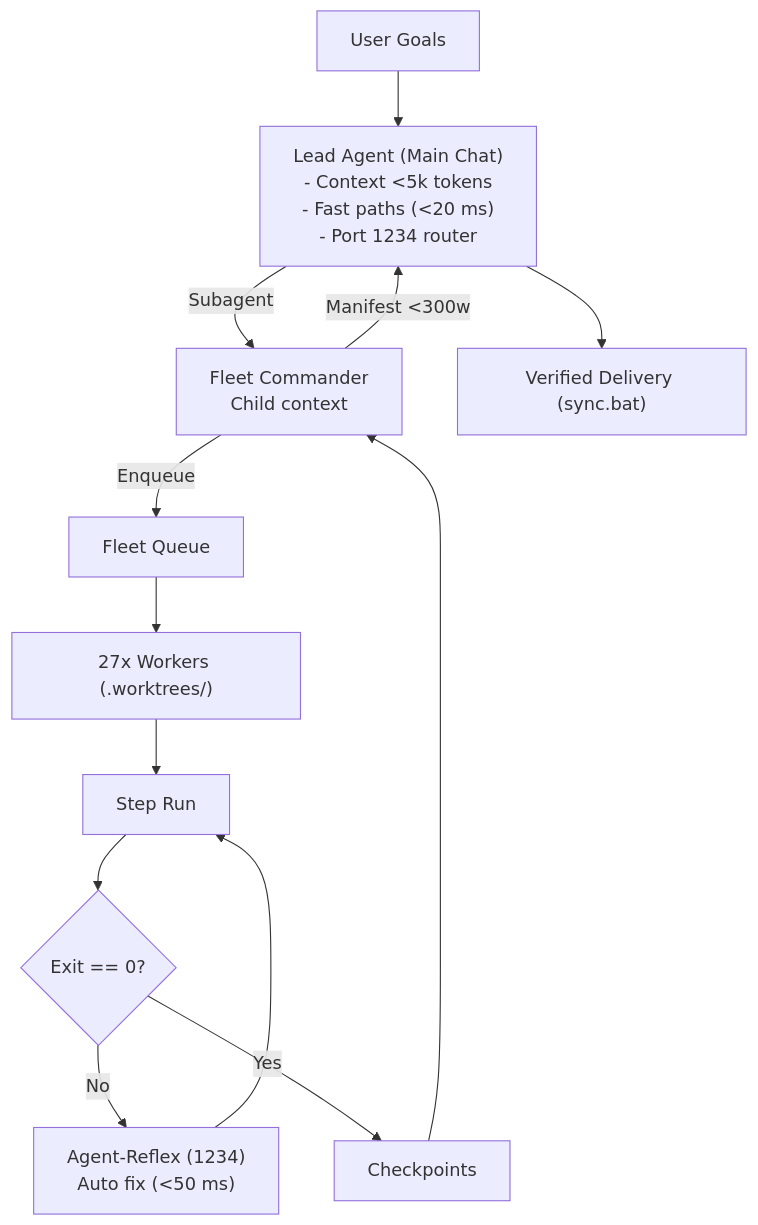
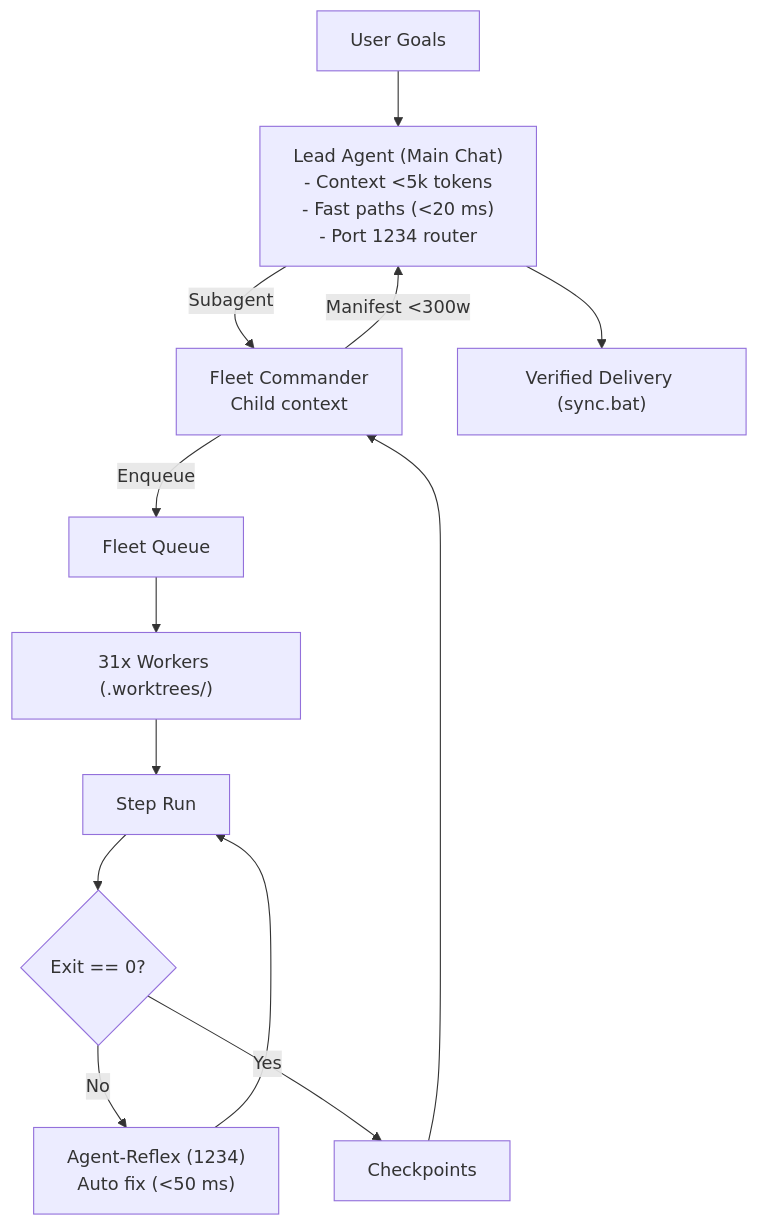
Before and after one commit to AaradhyaDT/Fleet-Orchestrator: the diagram in .agents/skills/adaptive-workflow/SKILL.md, drawn with Mermaid. The commit also changed other lines of this file and 3 other files, not shown here.

````diff
--- a/.agents/skills/adaptive-workflow/SKILL.md
+++ b/.agents/skills/adaptive-workflow/SKILL.md
@@ -14,13 +14,13 @@
 ```mermaid
 flowchart TD
     User["User Goals"] --> Lead["Lead Agent (Main Chat)\n- Context <5k tokens\n- Fast paths (<20 ms)\n- Port 1234 router"]
     Lead -->|"Subagent"| Cmdr["Fleet Commander\nChild context"]
     Cmdr -->|"Enqueue"| Q["Fleet Queue"]
-    Q --> W["27x Workers (.worktrees/<task_id>)"]
+    Q --> W["31x Workers (.worktrees/<task_id>)"]
     W --> Exec["Step Run"]
     Exec --> Err{"Exit == 0?"}
     Err -- No --> Reflex["Agent-Reflex (1234)\nAuto fix (<50 ms)"]
     Reflex --> Exec
     Err -- Yes --> CP["Checkpoints"]
     CP --> Cmdr -->|"Manifest <300w"| Lead --> Delivery["Verified Delivery (sync.bat)"]
 ```
````
